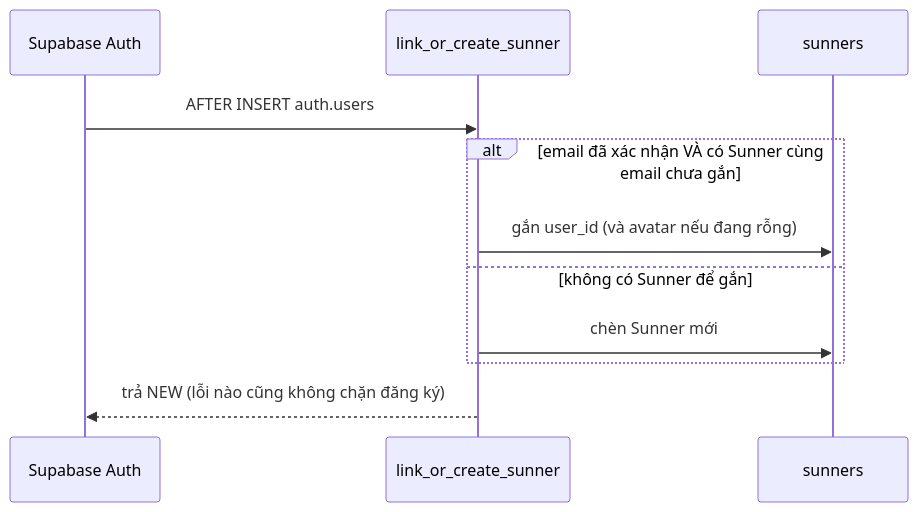
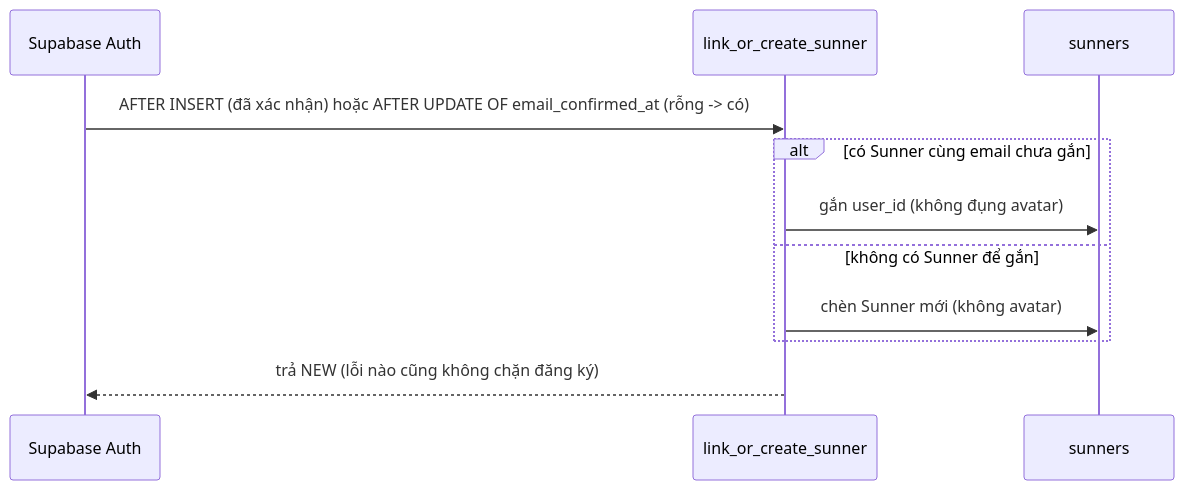
One commit to lannp-3774/agentic-coding-hands-on changed the second of 4 diagrams in docs/features/F006_KudosBoardBrowse/technical-spec.md. Above: the diagram before and after it, drawn with Mermaid. The commit also changed other lines of this file and 27 other files, not shown here.

````diff
--- a/docs/features/F006_KudosBoardBrowse/technical-spec.md
+++ b/docs/features/F006_KudosBoardBrowse/technical-spec.md
@@ -364,14 +364,14 @@
 ```mermaid
 sequenceDiagram
     participant AU as Supabase Auth
     participant T as link_or_create_sunner
     participant S as sunners
 
-    AU->>T: AFTER INSERT auth.users
-    alt email đã xác nhận VÀ có Sunner cùng email chưa gắn
-        T->>S: gắn user_id (và avatar nếu đang rỗng)
+    AU->>T: AFTER INSERT (đã xác nhận) hoặc AFTER UPDATE OF email_confirmed_at (rỗng -> có)
+    alt có Sunner cùng email chưa gắn
+        T->>S: gắn user_id (không đụng avatar)
     else không có Sunner để gắn
-        T->>S: chèn Sunner mới
+        T->>S: chèn Sunner mới (không avatar)
     end
     T-->>AU: trả NEW (lỗi nào cũng không chặn đăng ký)
 ```
````
